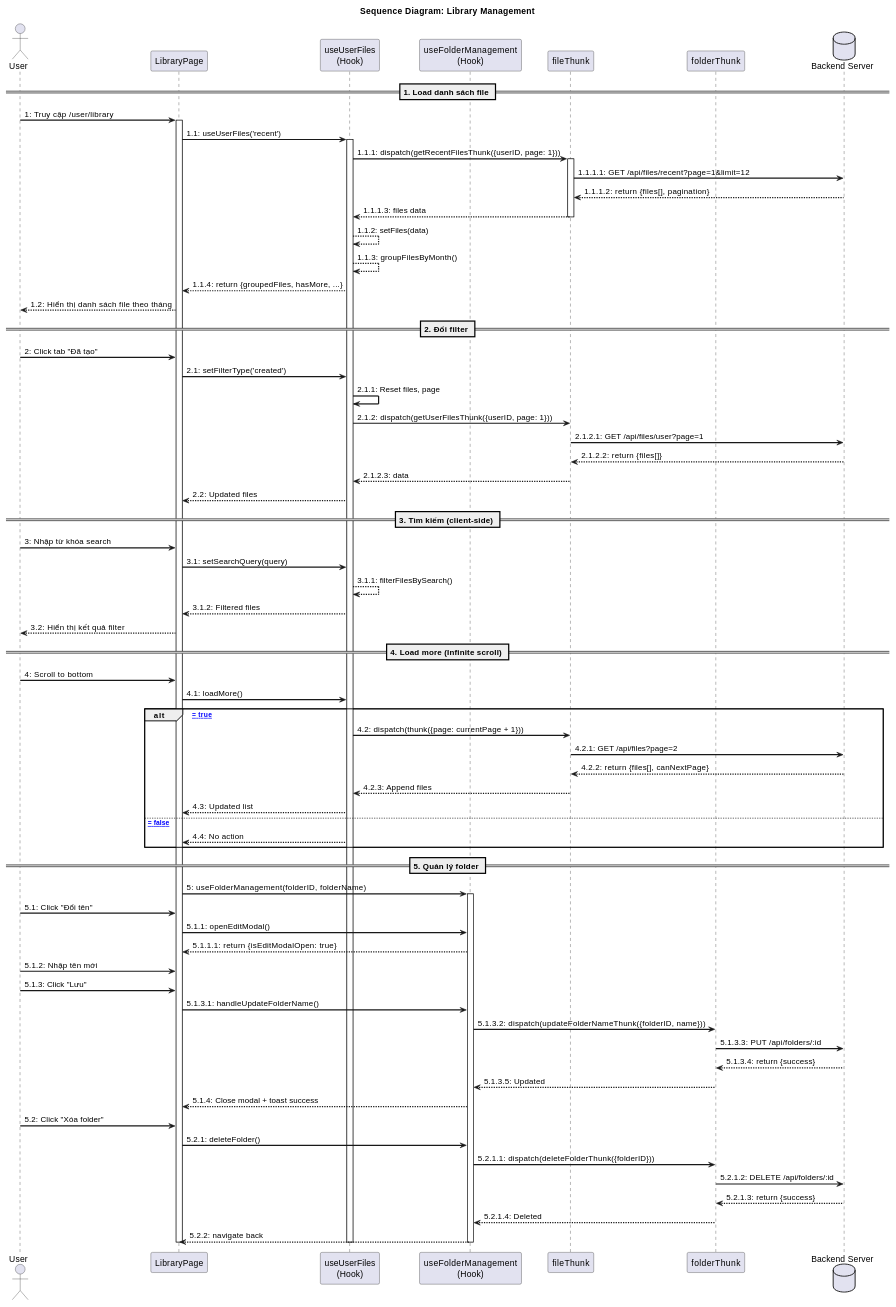
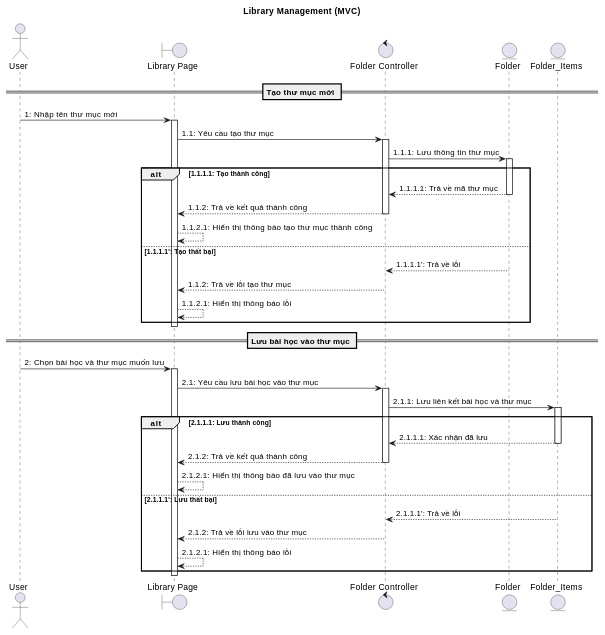
The eighth of 9 diagrams in readmeSequence.md (quangnguyen11111111/LearnFast), drawn with PlantUML before and after one commit. The commit also changed other lines of this file and 25 other files, not shown here.

````diff
--- a/readmeSequence.md
+++ b/readmeSequence.md
@@ -1225,103 +739,56 @@
 ```plantuml
 @startuml
-skinparam sequenceArrowThickness 2
+title Library Management (MVC)
+actor "User" as User
+boundary "Library Page" as View
+control "Folder Controller" as Controller
+entity "Folder" as MFolder
+entity "Folder_Items" as MFolderItems
 
-title Sequence Diagram: Library Management
+== Tạo thư mục mới ==
+User -> View: 1: Nhập tên thư mục mới
+activate View
+View -> Controller: 1.1: Yêu cầu tạo thư mục
+activate Controller
+Controller -> MFolder: 1.1.1: Lưu thông tin thư mục
+activate MFolder
 
-actor User
-participant "LibraryPage" as Page
-participant "useUserFiles\n(Hook)" as FilesHook
-participant "useFolderManagement\n(Hook)" as FolderHook
-participant "fileThunk" as FileThunk
-participant "folderThunk" as FolderThunk
-database "Backend Server" as Server
+alt 1.1.1.1: Tạo thành công
+    MFolder --> Controller: 1.1.1.1: Trả về mã thư mục
+    deactivate MFolder
+    Controller --> View: 1.1.2: Trả về kết quả thành công
+    deactivate Controller
+    View --> View: 1.1.2.1: Hiển thị thông báo tạo thư mục thành công
+else 1.1.1.1': Tạo thất bại
+    MFolder --> Controller: 1.1.1.1': Trả về lỗi
+    deactivate MFolder
+    Controller --> View: 1.1.2: Trả về lỗi tạo thư mục
+    deactivate Controller
+    View --> View: 1.1.2.1: Hiển thị thông báo lỗi
+end
+deactivate View
 
-== 1. Load danh sách file ==
-User -> Page: 1: Truy cập /user/library
-activate Page
+== Lưu bài học vào thư mục ==
+User -> View: 2: Chọn bài học và thư mục muốn lưu
+activate View
+View -> Controller: 2.1: Yêu cầu lưu bài học vào thư mục
+activate Controller
+Controller -> MFolderItems: 2.1.1: Lưu liên kết bài học và thư mục
+activate MFolderItems
 
-Page -> FilesHook: 1.1: useUserFiles('recent')
-activate FilesHook
-
-FilesHook -> FileThunk: 1.1.1: dispatch(getRecentFilesThunk({userID, page: 1}))
-activate FileThunk
-
-FileThunk -> Server: 1.1.1.1: GET /api/files/recent?page=1&limit=12
-Server --> FileThunk: 1.1.1.2: return {files[], pagination}
-FileThunk --> FilesHook: 1.1.1.3: files data
-
-deactivate FileThunk
-
-FilesHook --> FilesHook: 1.1.2: setFiles(data)
-FilesHook --> FilesHook: 1.1.3: groupFilesByMonth()
-FilesHook --> Page: 1.1.4: return {groupedFiles, hasMore, ...}
-
-Page --> User: 1.2: Hiển thị danh sách file theo tháng
-
-== 2. Đổi filter ==
-User -> Page: 2: Click tab "Đã tạo"
-Page -> FilesHook: 2.1: setFilterType('created')
-
-FilesHook -> FilesHook: 2.1.1: Reset files, page
-FilesHook -> FileThunk: 2.1.2: dispatch(getUserFilesThunk({userID, page: 1}))
-FileThunk -> Server: 2.1.2.1: GET /api/files/user?page=1
-Server --> FileThunk: 2.1.2.2: return {files[]}
-FileThunk --> FilesHook: 2.1.2.3: data
-FilesHook --> Page: 2.2: Updated files
-
-== 3. Tìm kiếm (client-side) ==
-User -> Page: 3: Nhập từ khóa search
-Page -> FilesHook: 3.1: setSearchQuery(query)
-FilesHook --> FilesHook: 3.1.1: filterFilesBySearch()
-FilesHook --> Page: 3.1.2: Filtered files
-Page --> User: 3.2: Hiển thị kết quả filter
-
-== 4. Load more (Infinite scroll) ==
-User -> Page: 4: Scroll to bottom
-Page -> FilesHook: 4.1: loadMore()
-
-alt [hasMore = true]
-    FilesHook -> FileThunk: 4.2: dispatch(thunk({page: currentPage + 1}))
-    FileThunk -> Server: 4.2.1: GET /api/files?page=2
-    Server --> FileThunk: 4.2.2: return {files[], canNextPage}
-    FileThunk --> FilesHook: 4.2.3: Append files
-    FilesHook --> Page: 4.3: Updated list
-else [hasMore = false]
-    FilesHook --> Page: 4.4: No action
+alt 2.1.1.1: Lưu thành công
+    MFolderItems --> Controller: 2.1.1.1: Xác nhận đã lưu
+    deactivate MFolderItems
+    Controller --> View: 2.1.2: Trả về kết quả thành công
+    deactivate Controller
+    View --> View: 2.1.2.1: Hiển thị thông báo đã lưu vào thư mục
+else 2.1.1.1': Lưu thất bại
+    MFolderItems --> Controller: 2.1.1.1': Trả về lỗi
+    deactivate MFolderItems
+    Controller --> View: 2.1.2: Trả về lỗi lưu vào thư mục
+    deactivate Controller
+    View --> View: 2.1.2.1: Hiển thị thông báo lỗi
 end
-
-== 5. Quản lý folder ==
-Page -> FolderHook: 5: useFolderManagement(folderID, folderName)
-activate FolderHook
-
-' Đổi tên folder
-User -> Page: 5.1: Click "Đổi tên"
-Page -> FolderHook: 5.1.1: openEditModal()
-FolderHook --> Page: 5.1.1.1: return {isEditModalOpen: true}
-
-User -> Page: 5.1.2: Nhập tên mới
-User -> Page: 5.1.3: Click "Lưu"
-Page -> FolderHook: 5.1.3.1: handleUpdateFolderName()
-
-FolderHook -> FolderThunk: 5.1.3.2: dispatch(updateFolderNameThunk({folderID, name}))
-FolderThunk -> Server: 5.1.3.3: PUT /api/folders/:id
-Server --> FolderThunk: 5.1.3.4: return {success}
-FolderThunk --> FolderHook: 5.1.3.5: Updated
-FolderHook --> Page: 5.1.4: Close modal + toast success
-
-' Xóa folder
-User -> Page: 5.2: Click "Xóa folder"
-Page -> FolderHook: 5.2.1: deleteFolder()
-
-FolderHook -> FolderThunk: 5.2.1.1: dispatch(deleteFolderThunk({folderID}))
-FolderThunk -> Server: 5.2.1.2: DELETE /api/folders/:id
-Server --> FolderThunk: 5.2.1.3: return {success}
-FolderThunk --> FolderHook: 5.2.1.4: Deleted
-FolderHook --> Page: 5.2.2: navigate back
-
-deactivate FolderHook
-deactivate FilesHook
-deactivate Page
-
+deactivate View
 @enduml
 ```
````
